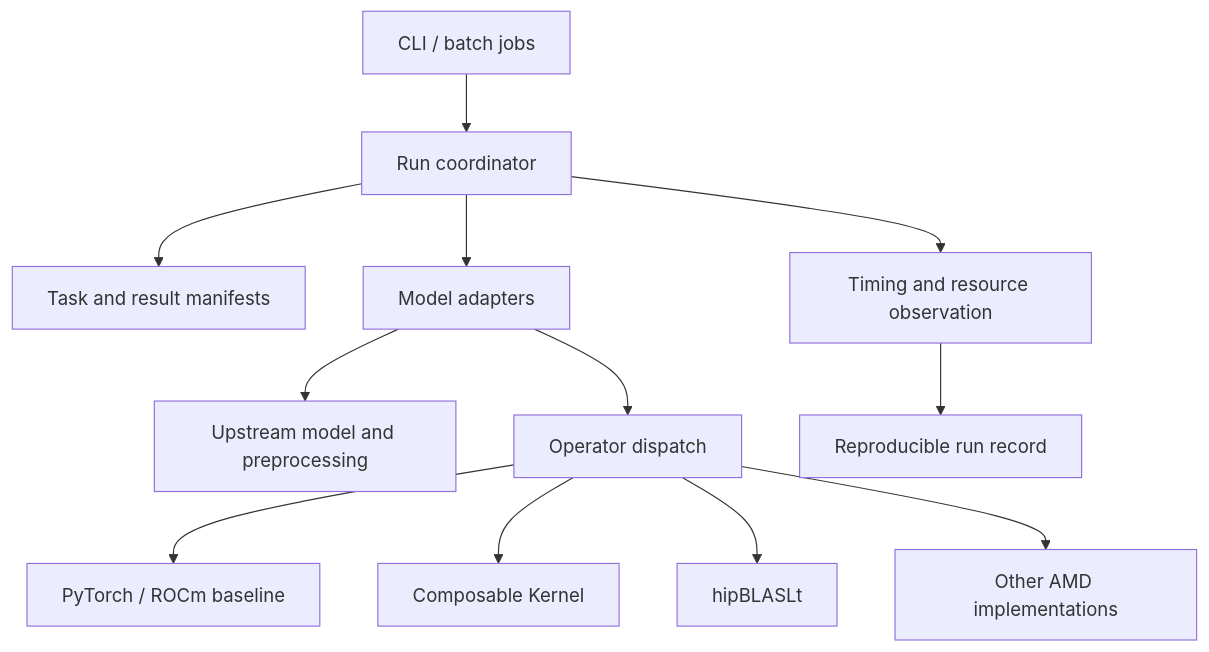
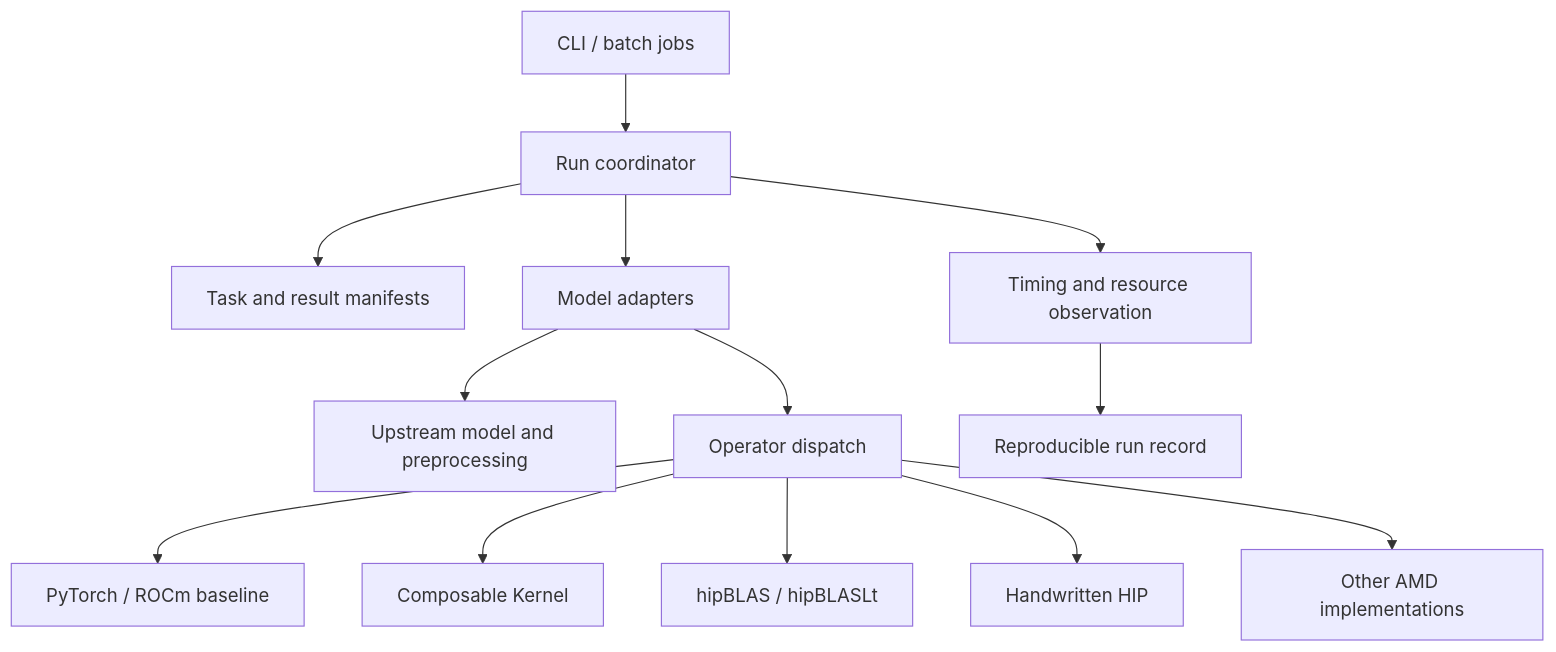
Before and after one commit to Media-Foundry/FireProt: the diagram in docs/architecture.md, drawn with Mermaid. The commit also changed other lines of this file and 4 other files, not shown here.

````diff
--- a/docs/architecture.md
+++ b/docs/architecture.md
@@ -21,14 +21,15 @@
 ```mermaid
 flowchart TD
   CLI[CLI / batch jobs] --> Run[Run coordinator]
   Run --> Schema[Task and result manifests]
   Run --> Adapter[Model adapters]
   Run --> Obs[Timing and resource observation]
   Adapter --> Native[Upstream model and preprocessing]
   Adapter --> Dispatch[Operator dispatch]
   Dispatch --> Torch[PyTorch / ROCm baseline]
   Dispatch --> CK[Composable Kernel]
-  Dispatch --> BLAS[hipBLASLt]
+  Dispatch --> BLAS[hipBLAS / hipBLASLt]
+  Dispatch --> HIP[Handwritten HIP]
   Dispatch --> Other[Other AMD implementations]
   Obs --> Record[Reproducible run record]
 ```
````
